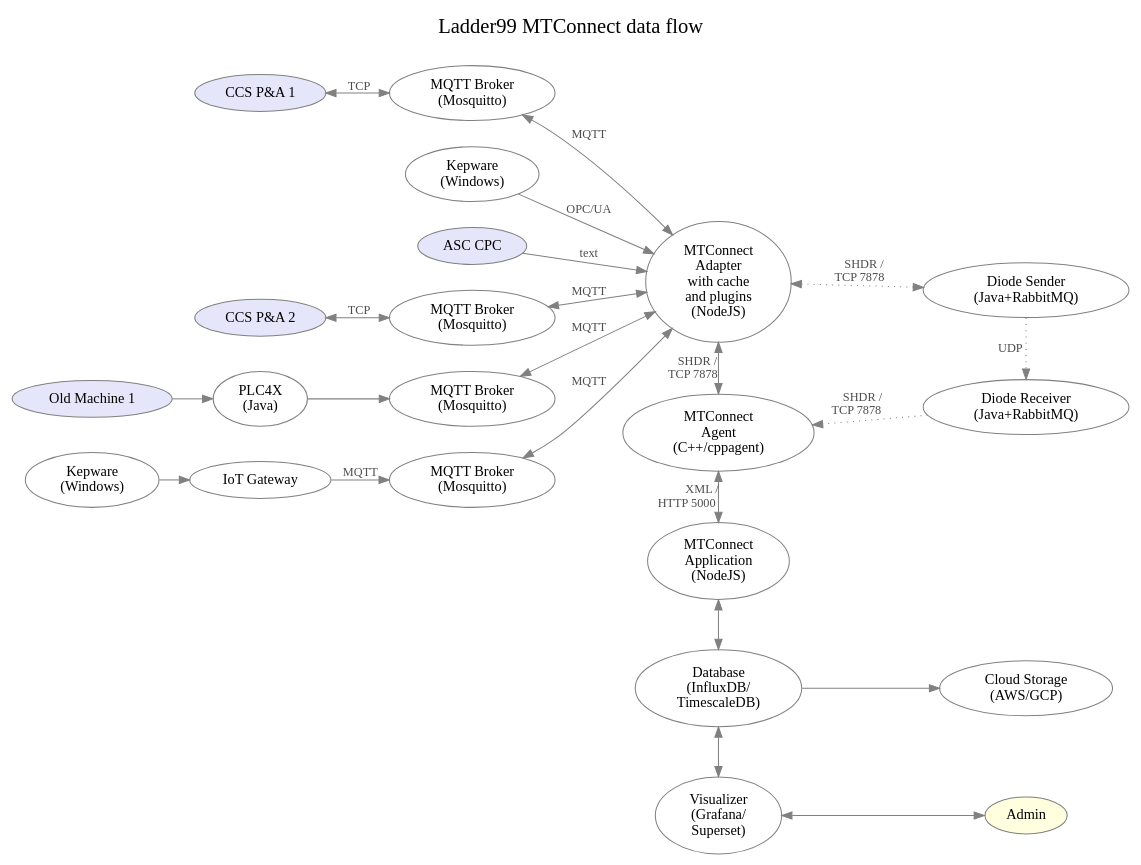
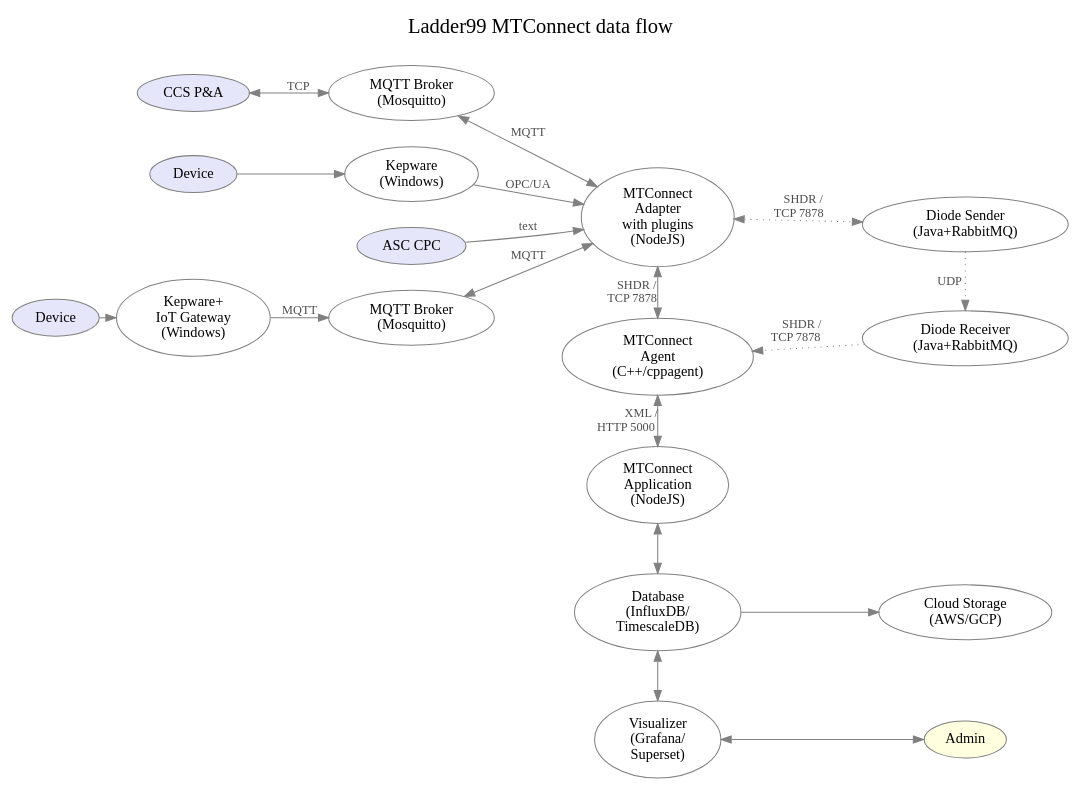
Before and after one commit to Ladder99/ladder99: the diagram in design/architecture.dot, drawn with Graphviz. The commit also changed 2 other files, not shown here.

```diff
--- a/design/architecture.dot
+++ b/design/architecture.dot
@@ -1,72 +1,77 @@
 digraph "ladder99-adapter" {
 
   // styles
   graph [ label="Ladder99 MTConnect data flow\n "; color=lightgray; ];
   graph [ fontsize=20 ];
   graph [ labelloc=t ];
   graph [ ranksep=0.2 ];
   graph [ nodesep=0.35 ];
   graph [ rankdir=LR; ] // left-to-right
   node [ color=gray; fillcolor=white; style=filled ];
   edge [ color=gray ];
   edge [ fontsize=12; fontcolor=gray30; ];
 
   // nodes
-  PA1 [ fillcolor=lavender; label="CCS P&A 1" ];
-  PA2 [ fillcolor=lavender; label="CCS P&A 2" ];
+  PA1 [ fillcolor=lavender; label="CCS P&A" ];
+  // PA2 [ fillcolor=lavender; label="CCS P&A 2" ];
+  OldMachine2 [ fillcolor=lavender; label="Device" ];
+  OldMachine3 [ fillcolor=lavender; label="Device" ];
   Kepware1 [ label="Kepware\n(Windows)"];
-  Kepware2 [ label="Kepware\n(Windows)"];
+  Kepware2 [ label="Kepware+\nIoT Gateway\n(Windows)"];
   CPC [ label="ASC CPC", fillcolor=lavender ];
-  Gateway [ label="IoT Gateway"];
+  // Gateway [ label="IoT Gateway"];
   Broker1 [ label="MQTT Broker\n(Mosquitto)" ];
-  Broker2 [ label="MQTT Broker\n(Mosquitto)" ];
-  Broker3 [ label="MQTT Broker\n(Mosquitto)" ];
+  // Broker2 [ label="MQTT Broker\n(Mosquitto)" ];
+  // Broker3 [ label="MQTT Broker\n(Mosquitto)" ];
   Broker4 [ label="MQTT Broker\n(Mosquitto)" ];
-  OldMachine1 [ fillcolor=lavender; label="Old Machine 1" ];
-  PLC4X [ label="PLC4X\n(Java)" ];
+  // OldMachine1 [ fillcolor=lavender; label="Old Machine 1" ];
+  // PLC4X [ label="PLC4X\n(Java)" ];
 
-  Adapter [ label="MTConnect\nAdapter\nwith cache\nand plugins\n(NodeJS)" ];
+  Adapter [ label="MTConnect\nAdapter\nwith plugins\n(NodeJS)" ];
   DiodeSender [ label="Diode Sender\n(Java+RabbitMQ)" ];
   DiodeReceiver [ label="Diode Receiver\n(Java+RabbitMQ)" ];
 
   Agent [ label="MTConnect\nAgent\n(C++/cppagent)" ];
   Application [ label="MTConnect\nApplication\n(NodeJS)" ];
   Database [ label="Database\n(InfluxDB/\nTimescaleDB)" ];
   Visualizer [ label="Visualizer\n(Grafana/\nSuperset)" ];
   Cloud [ label="Cloud Storage\n(AWS/GCP)" ];
   Admin [ fillcolor=lightyellow ];
   // LOI [ label="LOI\n(SvelteJS)" ];
   // Operator [ fillcolor=lightyellow ];
 
   // edges
   PA1 -> Broker1 [ label="  TCP  ", dir=both ];
-  PA2 -> Broker2 [ label="  TCP  ", dir=both ];
+  // PA2 -> Broker2 [ label="  TCP  ", dir=both ];
   Broker1 -> Adapter [ label="MQTT", dir=both ];
-  Broker2 -> Adapter [ label="MQTT", dir=both ];
-  Broker3 -> Adapter [ label="MQTT", dir=both ];
+  // Broker2 -> Adapter [ label="MQTT", dir=both ];
+  // Broker3 -> Adapter [ label="MQTT", dir=both ];
   Broker4 -> Adapter [ label="MQTT", dir=both ];
-  OldMachine1 -> PLC4X; // [ label="proprietary\nprotocol" ];
-  PLC4X -> Broker3 [ label="" ];
+  // OldMachine1 -> PLC4X; // [ label="proprietary\nprotocol" ];
+  // PLC4X -> Broker3 [ label="" ];
+  OldMachine2 -> Kepware1;
   Kepware1 -> Adapter [ label="OPC/UA" ];
-  Kepware2 -> Gateway;
+  // Kepware2 -> Gateway;
   CPC -> Adapter [ label="text" ];
-  Gateway -> Broker4 [ label="MQTT" ];
+  // Gateway -> Broker4 [ label="MQTT" ];
+  OldMachine3 -> Kepware2;
+  Kepware2 -> Broker4 [ label="MQTT" ];
   
   Adapter -> Agent [ label="SHDR /   \nTCP 7878      ", dir=both ];
 
   Adapter -> DiodeSender [ label="SHDR /   \nTCP 7878      ", dir=both, style=dotted ];
   DiodeSender -> DiodeReceiver [ label="UDP    ", style=dotted ];
   DiodeReceiver -> Agent [ label="SHDR /    \nTCP 7878        ", style=dotted ];
   
   Agent -> Application [ dir=both; label="XML / \nHTTP 5000          " ];
   Application -> Database [ dir=both ];
   Database -> Visualizer [ dir=both ];
   Database -> Cloud;
   Visualizer -> Admin [ dir=both ];
   // Application -> LOI;
   // LOI -> Operator;
 
   // rank
   { rank=same; Adapter Agent Application Database Visualizer };
   { rank=same; DiodeSender DiodeReceiver Cloud Admin };
 }
```
